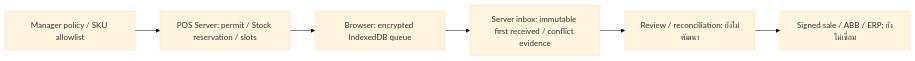
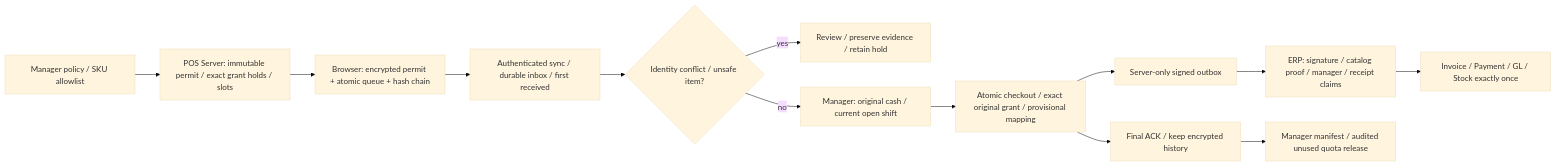
Before and after one commit to anuwatm/ERP: the diagram in document/PHASE_28_8_3_OFFLINE.md, drawn with Mermaid (base theme). The commit also changed other lines of this file and 248 other files, not shown here.

````diff
--- a/document/PHASE_28_8_3_OFFLINE.md
+++ b/document/PHASE_28_8_3_OFFLINE.md
@@ -30,8 +50,15 @@
 ```mermaid
 flowchart LR
-    M[Manager policy / SKU allowlist] --> P[POS Server: permit / Stock reservation / slots]
-    P --> B[Browser: encrypted IndexedDB queue]
-    B --> I[Server inbox: immutable first received / conflict evidence]
-    I --> R[Review / reconciliation: ยังไม่พัฒนา]
-    R --> S[Signed sale / ABB / ERP: ยังไม่เชื่อม]
+    M[Manager policy / SKU allowlist] --> P[POS Server: immutable permit / exact grant holds / slots]
+    P --> B[Browser: encrypted permit + atomic queue + hash chain]
+    B --> I[Authenticated sync / durable inbox / first received]
+    I --> C{Identity conflict / unsafe item?}
+    C -->|yes| H[Review / preserve evidence / retain hold]
+    C -->|no| R[Manager: original cash / current open shift]
+    R --> S[Atomic checkout / exact original grant / provisional mapping]
+    S --> A[Final ACK / keep encrypted history]
+    S --> E[Server-only signed outbox]
+    E --> V[ERP: signature / catalog proof / manager / receipt claims]
+    V --> F[Invoice / Payment / GL / Stock exactly once]
+    A --> Q[Manager manifest / audited unused quota release]
 ```
````
